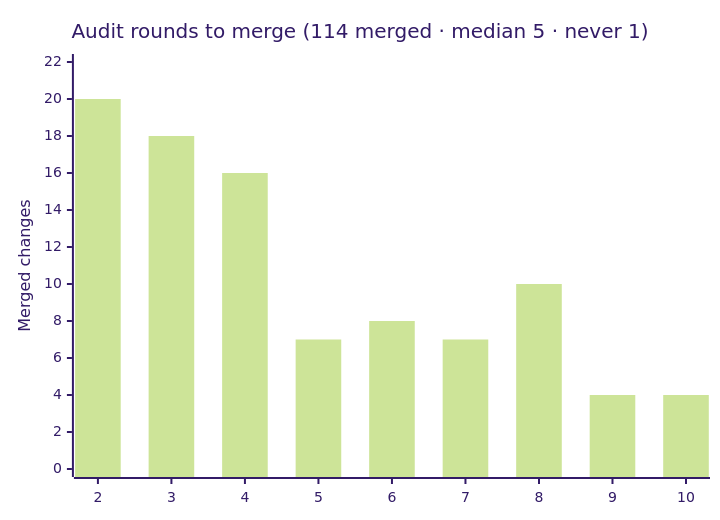
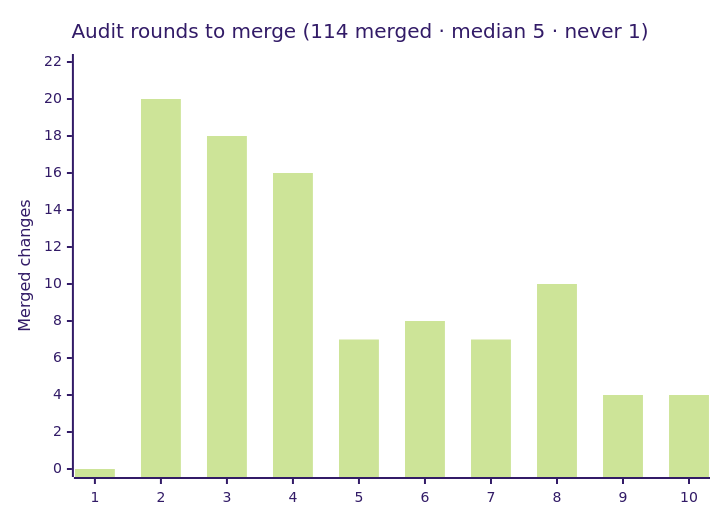
Before and after one commit to AdamFrisby/CodeyBox: the second of 3 diagrams in README.md, drawn with Mermaid (forest theme).

Commit message:
docs(README): show round-1 bin (value 0) in the audit-rounds chart
The zero at round 1 is data — it makes "never merges on the first audit" a
visible fact on the chart, not just a claim in the title.

````diff
--- a/README.md
+++ b/README.md
@@ -199,7 +199,7 @@
 ```mermaid
 xychart-beta
     title "Audit rounds to merge (114 merged · median 5 · never 1)"
-    x-axis [2, 3, 4, 5, 6, 7, 8, 9, 10]
+    x-axis [1, 2, 3, 4, 5, 6, 7, 8, 9, 10]
     y-axis "Merged changes" 0 --> 22
-    bar [20, 18, 16, 7, 8, 7, 10, 4, 4]
+    bar [0, 20, 18, 16, 7, 8, 7, 10, 4, 4]
 ```
````
